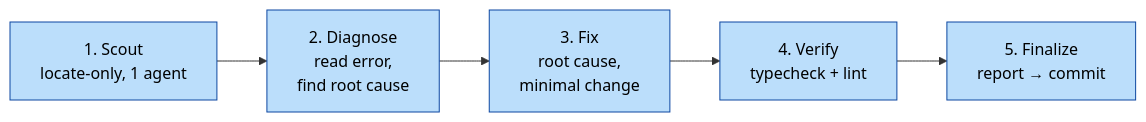
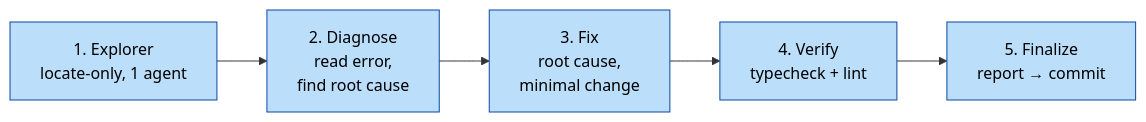
One commit to baka3k/dev-kit changed the second of 7 diagrams in devkit.md. Above: the diagram before and after it, drawn with Mermaid. The commit also changed other lines of this file and 20 other files, not shown here.

````diff
--- a/devkit.md
+++ b/devkit.md
@@ -54,11 +54,11 @@
 ```mermaid
 graph LR
-    A[1. Scout<br/>locate-only, 1 agent] --> B[2. Diagnose<br/>read error,<br/>find root cause]
+    A[1. Explorer<br/>locate-only, 1 agent] --> B[2. Diagnose<br/>read error,<br/>find root cause]
     B --> C[3. Fix<br/>root cause,<br/>minimal change]
     C --> D[4. Verify<br/>typecheck + lint]
     D --> E[5. Finalize<br/>report → commit]
 
     classDef step fill:#bbdefb,stroke:#0d47a1,color:#000
     class A,B,C,D,E step
 
 ```
````
